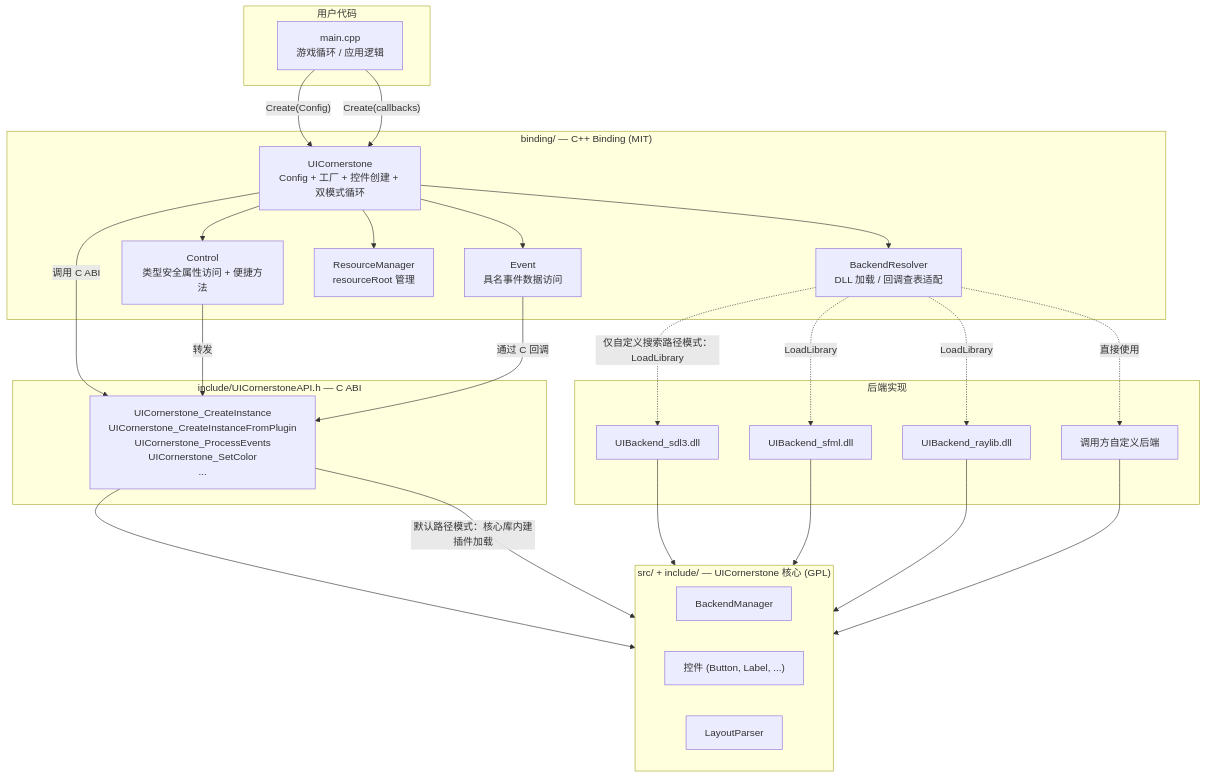
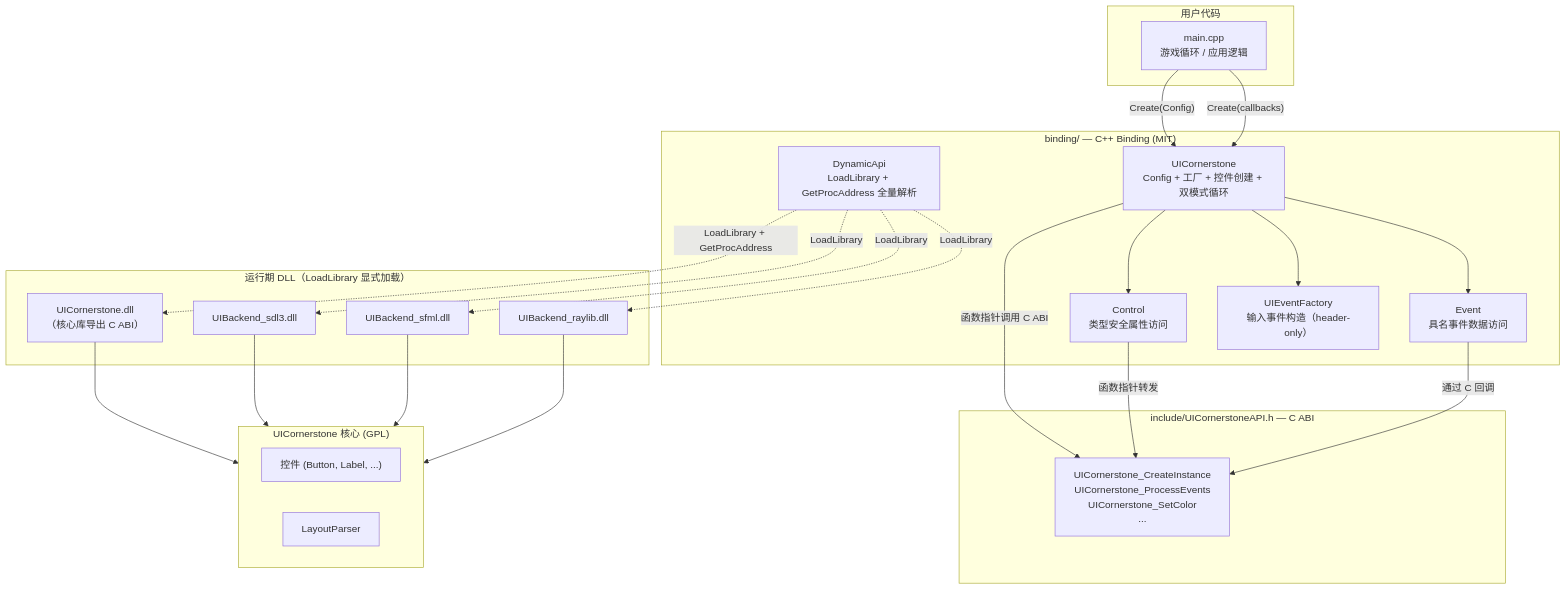
One commit to SeaOceanLiu/UIControls changed the first of 6 diagrams in doc/CppBinding_Design.md. Above: the diagram before and after it, drawn with Mermaid. The commit also changed other lines of this file and 79 other files, not shown here.

````diff
--- a/doc/CppBinding_Design.md
+++ b/doc/CppBinding_Design.md
@@ -141,55 +145,51 @@
 ```mermaid
 flowchart TB
     subgraph User["用户代码"]
         App["main.cpp<br/>游戏循环 / 应用逻辑"]
     end
 
     subgraph Binding["binding/ — C++ Binding (MIT)"]
         UIC["UICornerstone<br/>Config + 工厂 + 控件创建 + 双模式循环"]
-        Ctrl["Control<br/>类型安全属性访问 + 便捷方法"]
+        Ctrl["Control<br/>类型安全属性访问"]
         Evt["Event<br/>具名事件数据访问"]
-        RM["ResourceManager<br/>resourceRoot 管理"]
-        BR["BackendResolver<br/>DLL 加载 / 回调查表适配"]
+        IF["UIEventFactory<br/>输入事件构造（header-only）"]
+        DA["DynamicApi<br/>LoadLibrary + GetProcAddress 全量解析"]
     end
 
     subgraph CAPI["include/UICornerstoneAPI.h — C ABI"]
-        CF["UICornerstone_CreateInstance<br/>UICornerstone_CreateInstanceFromPlugin<br/>UICornerstone_ProcessEvents<br/>UICornerstone_SetColor<br/>..."]
+        CF["UICornerstone_CreateInstance<br/>UICornerstone_ProcessEvents<br/>UICornerstone_SetColor<br/>..."]
     end
 
-    subgraph Core["src/ + include/ — UICornerstone 核心 (GPL)"]
-        BM["BackendManager"]
-        Controls["控件 (Button, Label, ...)"]
-        Layout["LayoutParser"]
-    end
-
-    subgraph Backend["后端实现"]
+    subgraph RuntimeDLLs["运行期 DLL（LoadLibrary 显式加载）"]
+        CORE["UICornerstone.dll<br/>（核心库导出 C ABI）"]
         SDL3["UIBackend_sdl3.dll"]
         SFML["UIBackend_sfml.dll"]
         RL["UIBackend_raylib.dll"]
-        CB["调用方自定义后端"]
+    end
+
+    subgraph Core["UICornerstone 核心 (GPL)"]
+        Controls["控件 (Button, Label, ...)"]
+        Layout["LayoutParser"]
     end
 
     App -->|"Create(Config)"| UIC
     App -->|"Create(callbacks)"| UIC
 
     UIC --> Ctrl
     UIC --> Evt
-    UIC --> RM
-    UIC --> BR
+    UIC --> IF
 
-    UIC -->|"调用 C ABI"| CF
-    Ctrl -->|"转发"| CF
+    DA -.->|"LoadLibrary + GetProcAddress"| CORE
+    DA -.->|"LoadLibrary"| SDL3
+    DA -.->|"LoadLibrary"| SFML
+    DA -.->|"LoadLibrary"| RL
+
+    UIC -->|"函数指针调用 C ABI"| CF
+    Ctrl -->|"函数指针转发"| CF
     Evt -->|"通过 C 回调"| CF
 
-    CF --> Core
-    CF -->|"默认路径模式：核心库内建插件加载"| Core
-    BR -.->|"仅自定义搜索路径模式：LoadLibrary"| SDL3
-    BR -.->|"LoadLibrary"| SFML
-    BR -.->|"LoadLibrary"| RL
-    BR -.->|"直接使用"| CB
-
+    CORE --> Core
     SDL3 --> Core
     SFML --> Core
     RL --> Core
-    CB --> Core
 ```
````
